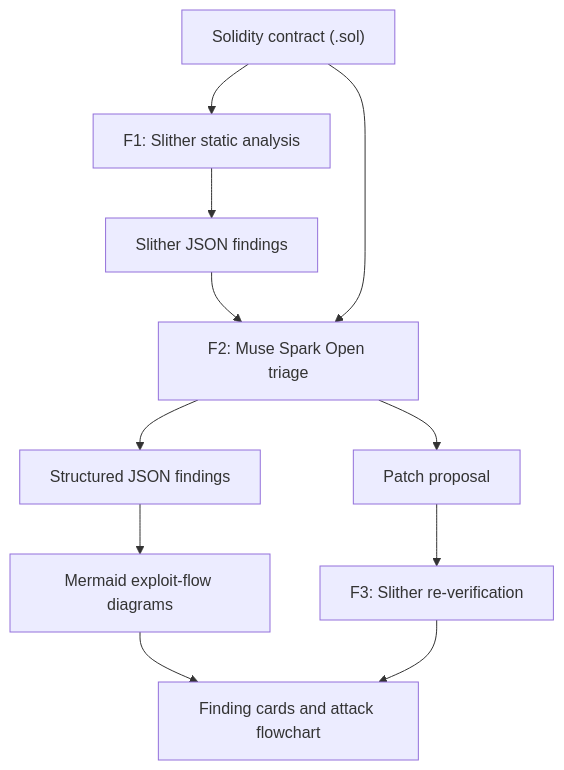
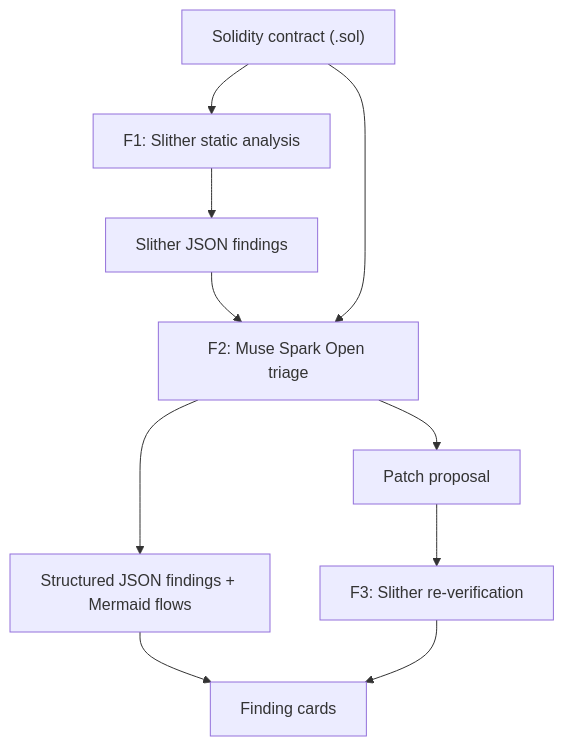
The diagram in README.md (chokri29/SentryVision), drawn with Mermaid before and after one commit. The commit also changed other lines of this file and 3 other files, not shown here.

````diff
--- a/README.md
+++ b/README.md
@@ -48,13 +48,12 @@
 ```mermaid
 flowchart TD
     A["Solidity contract (.sol)"] --> B["F1: Slither static analysis"]
     B --> C["Slither JSON findings"]
     C --> D["F2: Muse Spark Open triage"]
     A --> D
-    D --> E["Structured JSON findings"]
-    E --> F["Mermaid exploit-flow diagrams"]
-    F --> G["Finding cards and attack flowchart"]
+    D --> E["Structured JSON findings + Mermaid flows"]
+    E --> G["Finding cards"]
     D --> H["Patch proposal"]
     H --> I["F3: Slither re-verification"]
     I --> G
 ```
````
